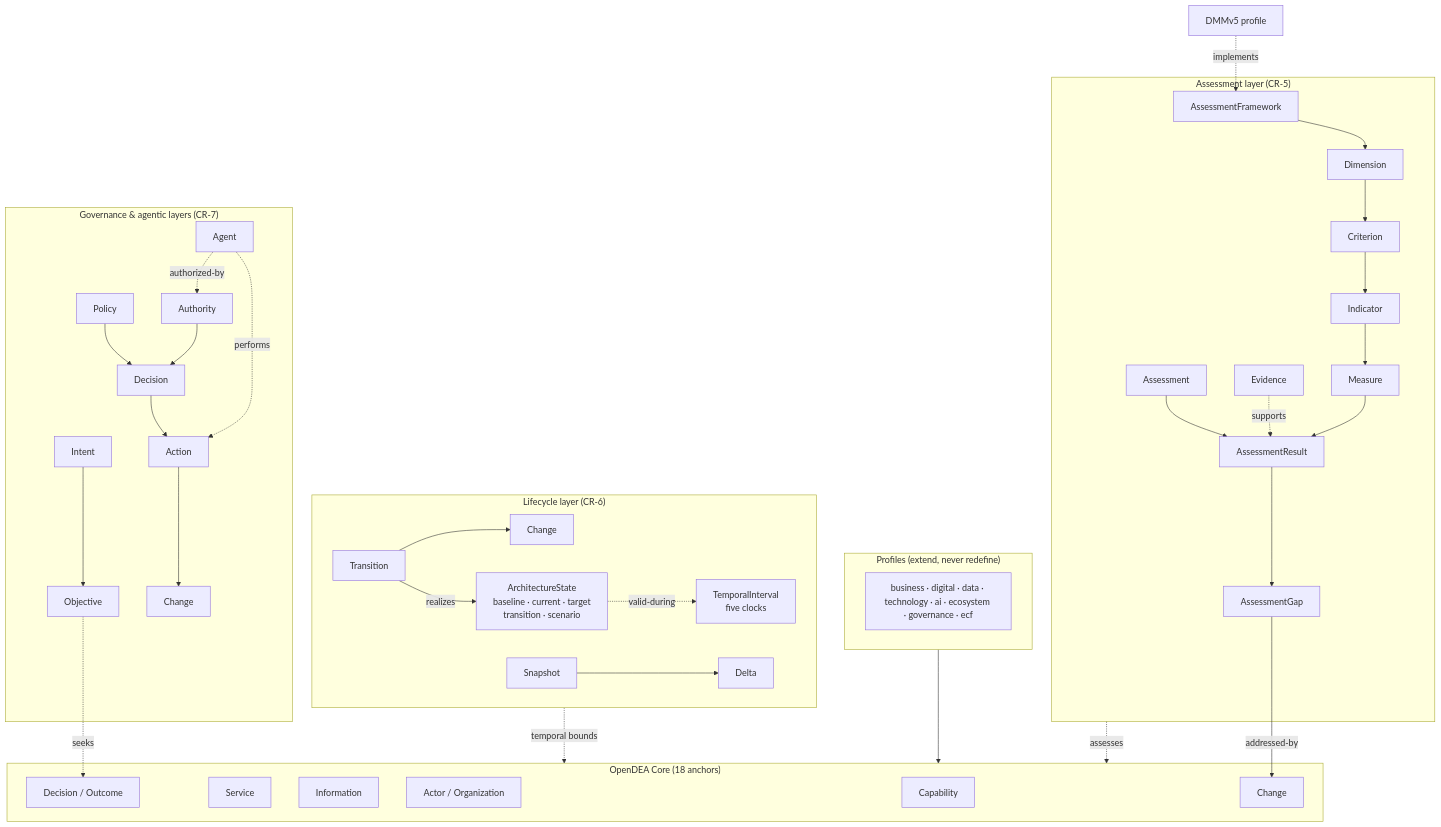
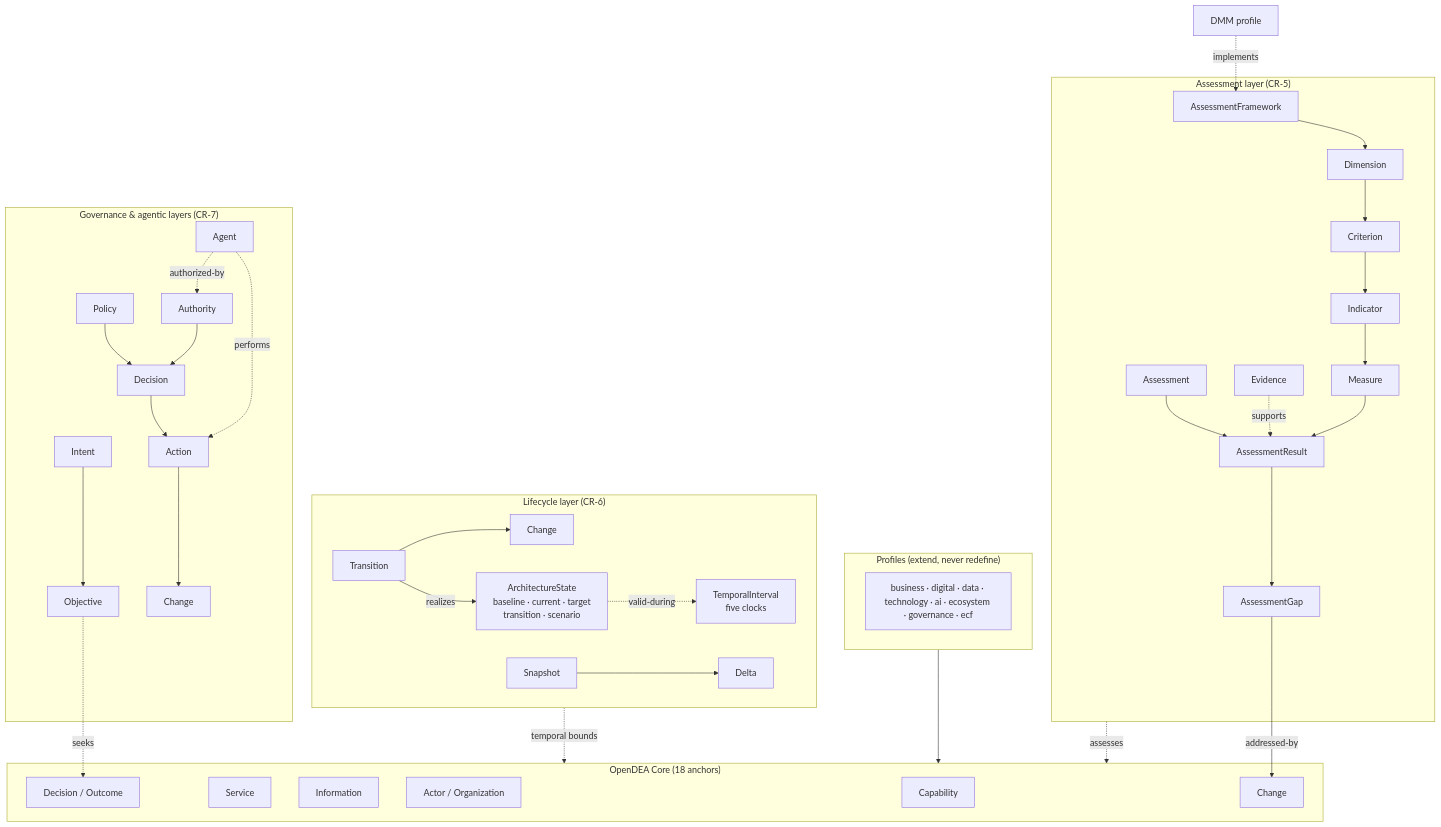
One commit to technehub-labs/dea-metamodel changed the diagram in README.md. Above: the diagram before and after it, drawn with Mermaid. The commit also changed other lines of this file, not shown here.

Commit message:
Update DMMv5 to DMM in README

````diff
--- a/README.md
+++ b/README.md
@@ -124,39 +124,39 @@
 ```mermaid
 graph TD
     subgraph CORE["OpenDEA Core (18 anchors)"]
         C1[Capability] & C2[Service] & C3[Information]
         C4[Actor / Organization] & C5[Decision / Outcome] & C6[Change]
     end
     subgraph PROFILES["Profiles (extend, never redefine)"]
         P1[business · digital · data · technology · ai · ecosystem · governance · ecf]
     end
     subgraph ASSESS["Assessment layer (CR-5)"]
         AF[AssessmentFramework] --> D[Dimension] --> CR[Criterion] --> I[Indicator] --> M[Measure]
         A[Assessment] --> AR[AssessmentResult]
         M --> AR
         AR --> GAP[AssessmentGap]
         E[Evidence] -.supports.-> AR
     end
     subgraph LIFE["Lifecycle layer (CR-6)"]
         TI[TemporalInterval<br/>five clocks]
         AS[ArchitectureState<br/>baseline · current · target<br/>transition · scenario]
         TR[Transition] --> CH[Change]
         SS[Snapshot] --> DL[Delta]
     end
     subgraph GOV["Governance & agentic layers (CR-7)"]
         IN[Intent] --> OB[Objective]
         PO[Policy] --> DE[Decision]
         AU[Authority] --> DE
         DE --> AC[Action] --> CHG[Change]
         AG[Agent] -. performs .-> AC
         AG -. authorized-by .-> AU
     end
-    DMM[DMMv5 profile] -. implements .-> AF
+    DMM[DMM profile] -. implements .-> AF
     PROFILES --> CORE
     ASSESS -. assesses .-> CORE
     LIFE -. temporal bounds .-> CORE
     AS -. valid-during .-> TI
     GAP -- addressed-by --> C6
     TR -- realizes --> AS
     OB -. seeks .-> C5
 ```
````
